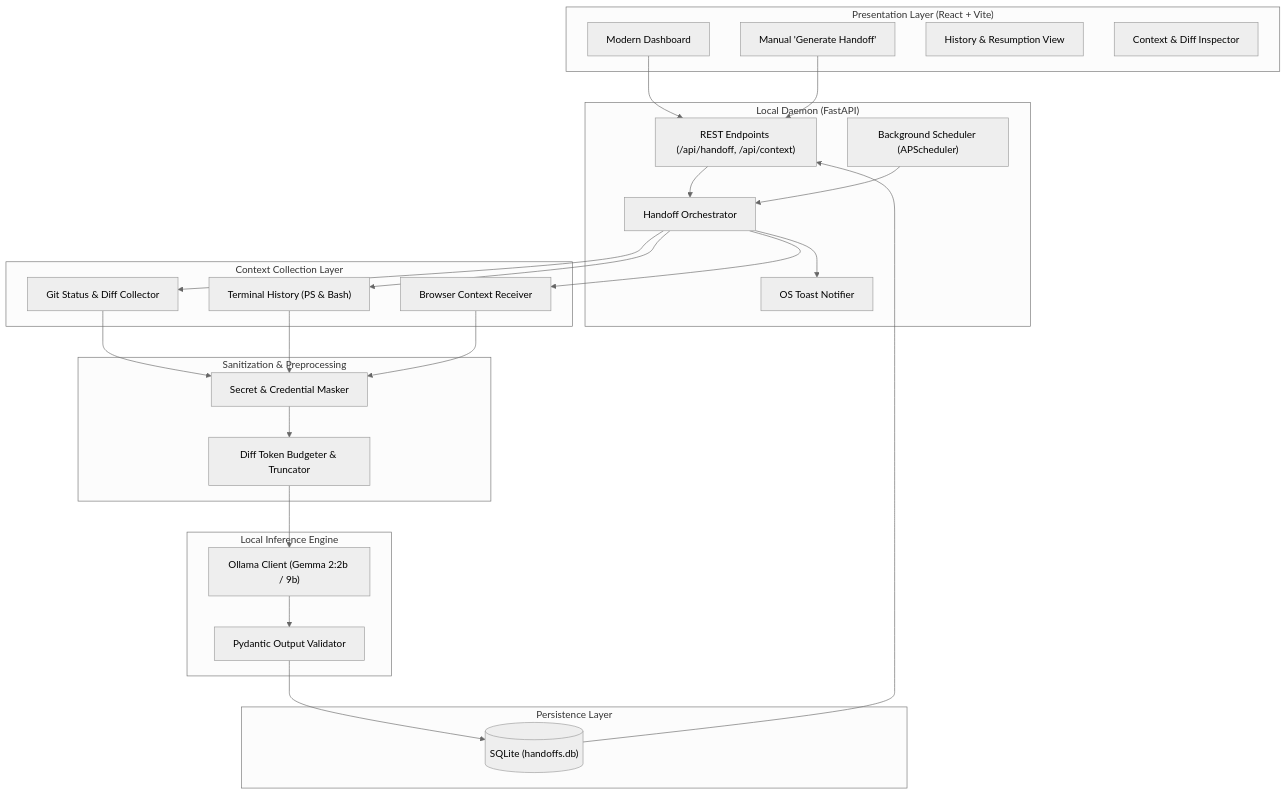
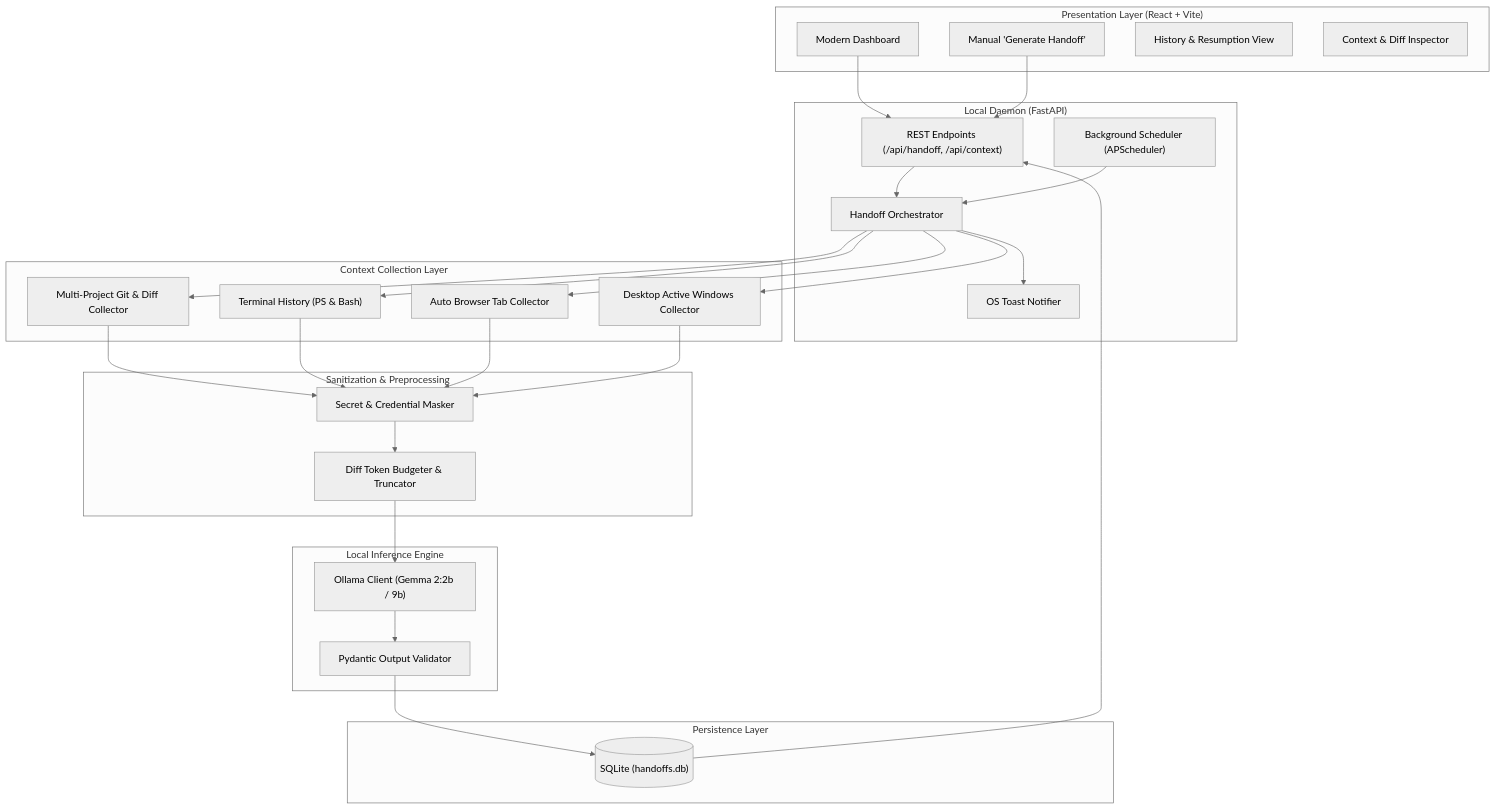
Before and after one commit to Samar-365/ReMind: the diagram in README.md, drawn with Mermaid (neutral theme). The commit also changed other lines of this file and 1 other file, not shown here.

Commit message:
docs: update README with multi-project discovery, active windows collector, and port 8001 instructions

````diff
--- a/README.md
+++ b/README.md
@@ -47,56 +50,59 @@
 ```mermaid
 graph TD
     subgraph Client["Presentation Layer (React + Vite)"]
         UI["Modern Dashboard"]
         TriggerBtn["Manual 'Generate Handoff'"]
         HistView["History & Resumption View"]
         DiffPreview["Context & Diff Inspector"]
     end
 
     subgraph Backend["Local Daemon (FastAPI)"]
         API["REST Endpoints (/api/handoff, /api/context)"]
         Scheduler["Background Scheduler (APScheduler)"]
         Orchestrator["Handoff Orchestrator"]
         Notifier["OS Toast Notifier"]
     end
 
     subgraph Collectors["Context Collection Layer"]
-        GitColl["Git Status & Diff Collector"]
+        GitColl["Multi-Project Git & Diff Collector"]
         TermColl["Terminal History (PS & Bash)"]
-        BrowserColl["Browser Context Receiver"]
+        BrowserColl["Auto Browser Tab Collector"]
+        WindowColl["Desktop Active Windows Collector"]
     end
 
     subgraph Sanitizer["Sanitization & Preprocessing"]
         RegexScrubber["Secret & Credential Masker"]
         DiffSummarizer["Diff Token Budgeter & Truncator"]
     end
 
     subgraph AI["Local Inference Engine"]
         OllamaClient["Ollama Client (Gemma 2:2b / 9b)"]
         SchemaValidator["Pydantic Output Validator"]
     end
 
     subgraph Storage["Persistence Layer"]
         DB[("SQLite (handoffs.db)")]
     end
 
     UI --> API
     TriggerBtn --> API
     API --> Orchestrator
     Scheduler --> Orchestrator
     Orchestrator --> Notifier
 
     Orchestrator --> GitColl
     Orchestrator --> TermColl
     Orchestrator --> BrowserColl
+    Orchestrator --> WindowColl
 
     GitColl --> RegexScrubber
     TermColl --> RegexScrubber
     BrowserColl --> RegexScrubber
+    WindowColl --> RegexScrubber
 
     RegexScrubber --> DiffSummarizer
     DiffSummarizer --> OllamaClient
     OllamaClient --> SchemaValidator
     SchemaValidator --> DB
     DB --> API
 ```
````
